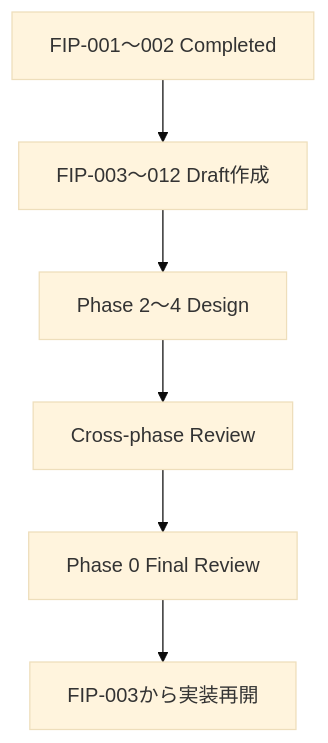
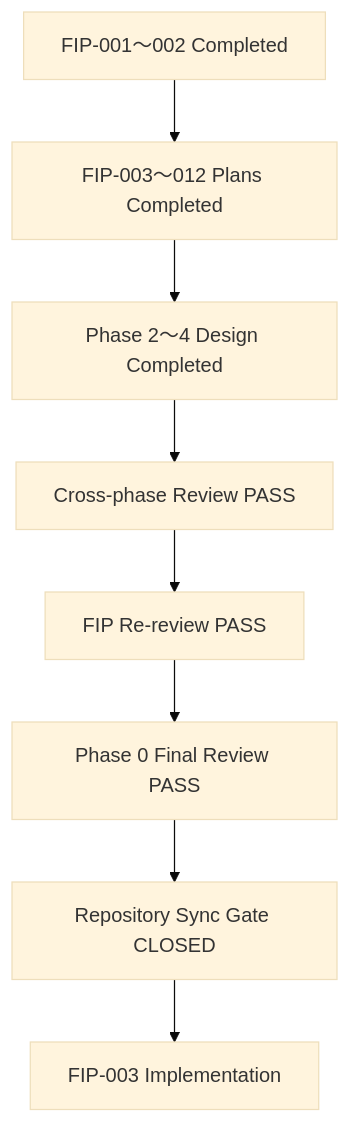
One commit to katoushodev-svg/ProjectAlice changed the diagram in docs/frontend-implementation-plan.md. Above: the diagram before and after it, drawn with Mermaid (base theme). The commit also changed other lines of this file, not shown here.

````diff
--- a/docs/frontend-implementation-plan.md
+++ b/docs/frontend-implementation-plan.md
@@ -181,8 +175,10 @@
 ```mermaid
 flowchart TD
-    A["FIP-001〜002 Completed"] --> B["FIP-003〜012 Draft作成"]
-    B --> C["Phase 2〜4 Design"]
-    C --> D["Cross-phase Review"]
-    D --> E["Phase 0 Final Review"]
-    E --> F["FIP-003から実装再開"]
+    A["FIP-001〜002 Completed"] --> B["FIP-003〜012 Plans Completed"]
+    B --> C["Phase 2〜4 Design Completed"]
+    C --> D["Cross-phase Review PASS"]
+    D --> E["FIP Re-review PASS"]
+    E --> F["Phase 0 Final Review PASS"]
+    F --> G["Repository Sync Gate CLOSED"]
+    G --> H["FIP-003 Implementation"]
 ```
````
